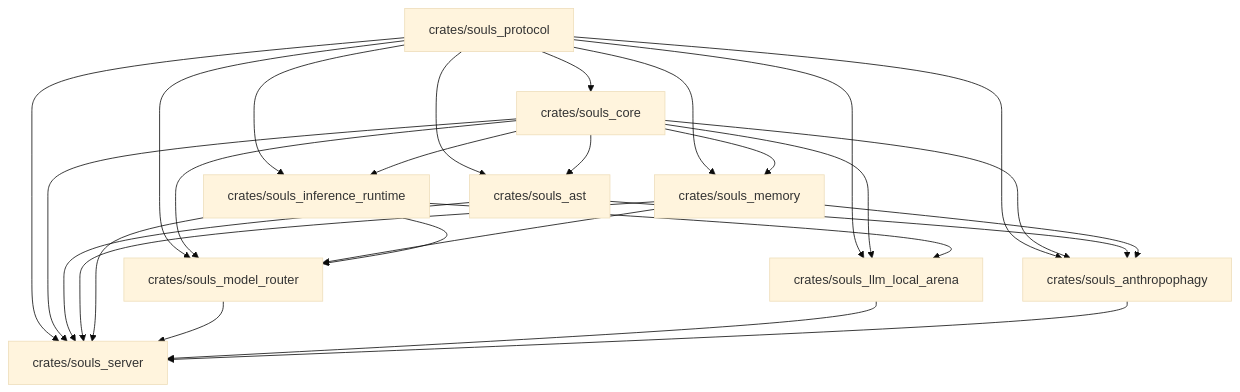
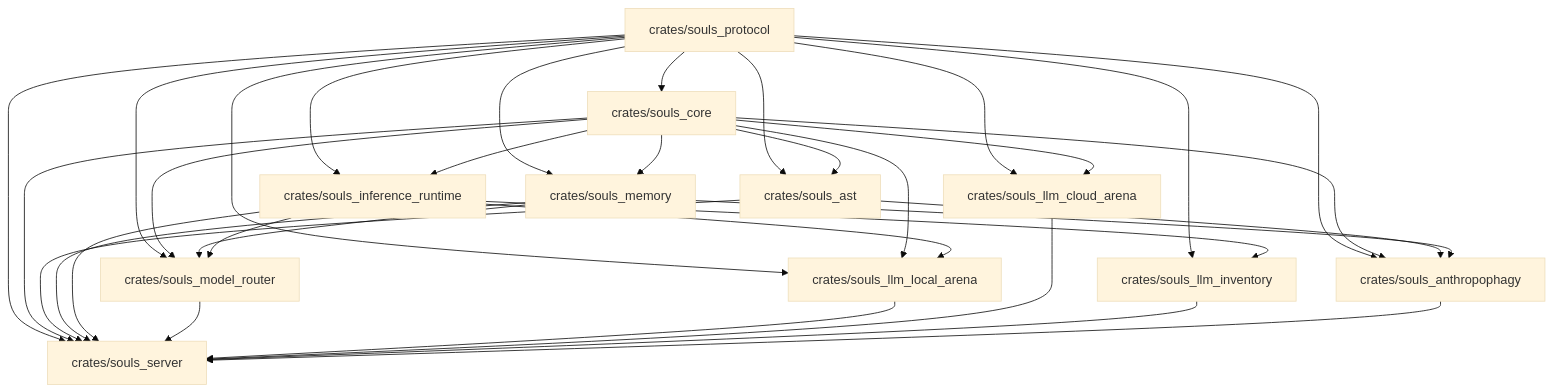
One commit to brunosrosa/souls_engine changed the diagram in README.md. Above: the diagram before and after it, drawn with Mermaid (base theme). The commit also changed other lines of this file and 202 other files, not shown here.

Commit message:
feat(v0.5.0): zero-copy modular dashboard ui, rust ssot dependencies and canonical roadmap to v1.0

````diff
--- a/README.md
+++ b/README.md
@@ -76,56 +78,66 @@
 ```mermaid
 graph TD
     %% Nível 0: Fundação Pura
     P[crates/souls_protocol]
     
     %% Nível 1: Infraestrutura Base
     C[crates/souls_core]
     
     %% Nível 2: Motores Especializados
     AST[crates/souls_ast]
     MEM[crates/souls_memory]
     INF[crates/souls_inference_runtime]
     
-    %% Nível 3: Inteligência e Harvesters
+    %% Nível 3: Inteligência, Arenas e Harvesters
     ROUT[crates/souls_model_router]
-    ARENA[crates/souls_llm_local_arena]
+    ARENA_L[crates/souls_llm_local_arena]
+    ARENA_C[crates/souls_llm_cloud_arena]
+    INV[crates/souls_llm_inventory]
     ANTH[crates/souls_anthropophagy]
     
     %% Nível 4: Daemon Executável Raiz
     SRV[crates/souls_server]
 
     %% Arestas de Dependência
     P --> C
     
     P --> AST
     C --> AST
     
     P --> MEM
     C --> MEM
     
     P --> INF
     C --> INF
     
     P --> ROUT
     C --> ROUT
     MEM --> ROUT
     INF --> ROUT
     
-    P --> ARENA
-    C --> ARENA
-    INF --> ARENA
+    P --> ARENA_L
+    C --> ARENA_L
+    INF --> ARENA_L
+
+    P --> ARENA_C
+    C --> ARENA_C
     
+    P --> INV
+    INF --> INV
+
     P --> ANTH
     C --> ANTH
     AST --> ANTH
     MEM --> ANTH
     
     P --> SRV
     C --> SRV
     AST --> SRV
     MEM --> SRV
     INF --> SRV
     ROUT --> SRV
-    ARENA --> SRV
+    ARENA_L --> SRV
+    ARENA_C --> SRV
+    INV --> SRV
     ANTH --> SRV
 ```
````
